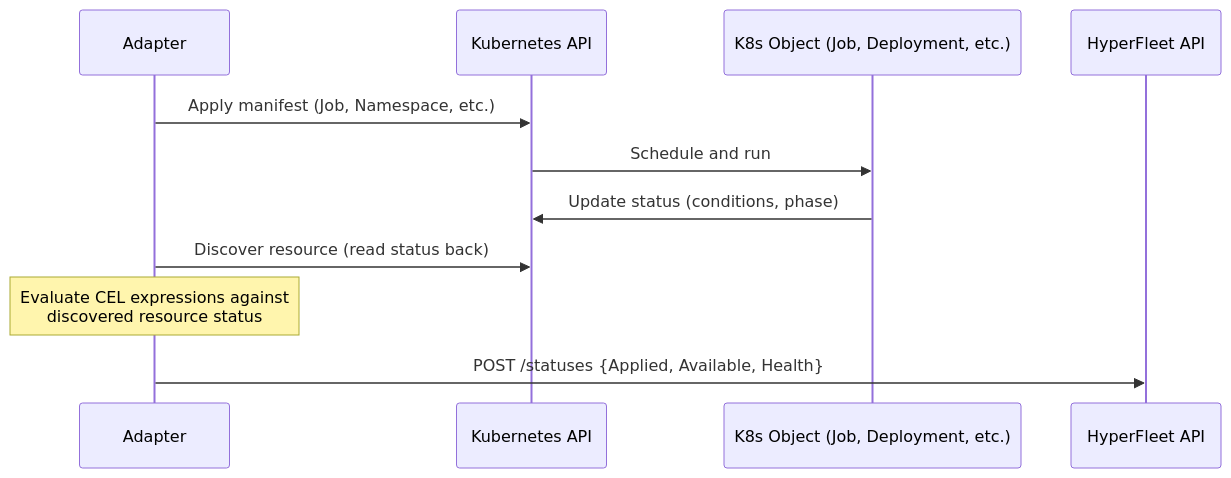
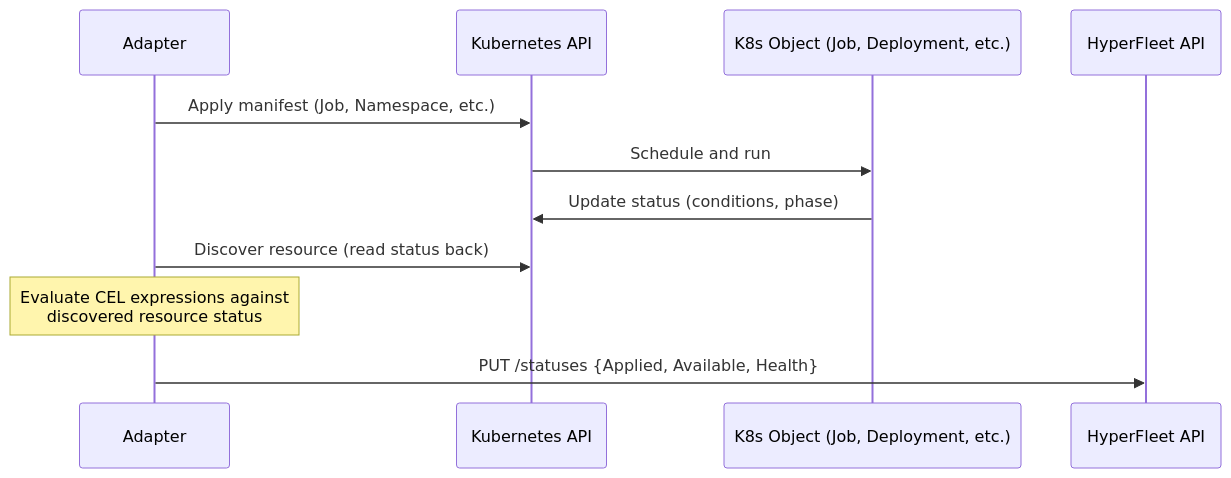
One commit to openshift-hyperfleet/hyperfleet-api changed the fourth of 4 diagrams in docs/adapter-authoring-guide.md. Above: the diagram before and after it, drawn with Mermaid. The commit also changed other lines of this file and 6 other files, not shown here.

Commit message:
HYPERFLEET-978 - chore: Update adapter configs, docs, and tests to use put

````diff
--- a/docs/adapter-authoring-guide.md
+++ b/docs/adapter-authoring-guide.md
@@ -887,14 +887,14 @@
 ```mermaid
 sequenceDiagram
     participant Adapter
     participant K8s as Kubernetes API
     participant Workload as K8s Object (Job, Deployment, etc.)
     participant API as HyperFleet API
 
     Adapter->>K8s: Apply manifest (Job, Namespace, etc.)
     K8s->>Workload: Schedule and run
     Workload->>K8s: Update status (conditions, phase)
     Adapter->>K8s: Discover resource (read status back)
     Note over Adapter: Evaluate CEL expressions against<br/>discovered resource status
-    Adapter->>API: POST /statuses {Applied, Available, Health}
+    Adapter->>API: PUT /statuses {Applied, Available, Health}
 ```
````
